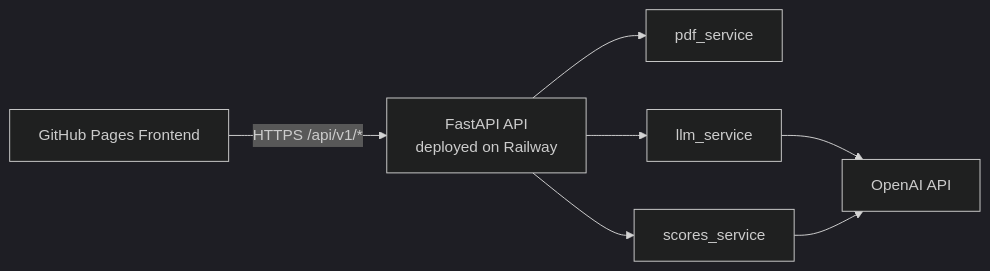
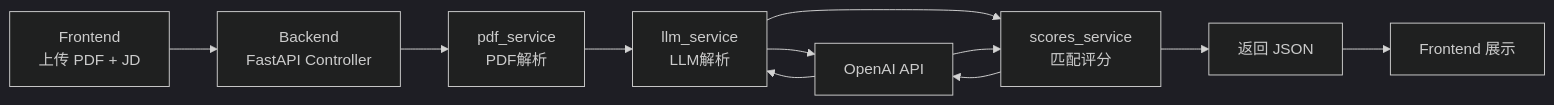
One commit to Cfengsu2002/Sidereus-AI changed the diagram in README.md. Above: the diagram before and after it, drawn with Mermaid (dark theme). The commit also changed other lines of this file, not shown here.

````diff
--- a/README.md
+++ b/README.md
@@ -27,9 +16,22 @@
 ```mermaid
 flowchart LR
-  A[GitHub Pages Frontend] -->|HTTPS /api/v1/*| B[FastAPI API<br/>deployed on Railway]
-  B --> C[pdf_service]
-  B --> D[llm_service]
-  B --> E[scores_service]
-  D --> F[OpenAI API]
-  E --> F
+    A[Frontend<br/>上传 PDF + JD]
+    B[Backend<br/>FastAPI Controller]
+    C[pdf_service<br/>PDF解析]
+    D[llm_service<br/>LLM解析]
+    E[scores_service<br/>匹配评分]
+    F[OpenAI API]
+    G[返回 JSON]
+    H[Frontend 展示]
+
+    A -->B
+    B --> C
+    C --> D
+    D --> F
+    F --> D
+    D --> E
+    E --> F
+    F --> E
+    E --> G
+    G --> H
 ```
````
